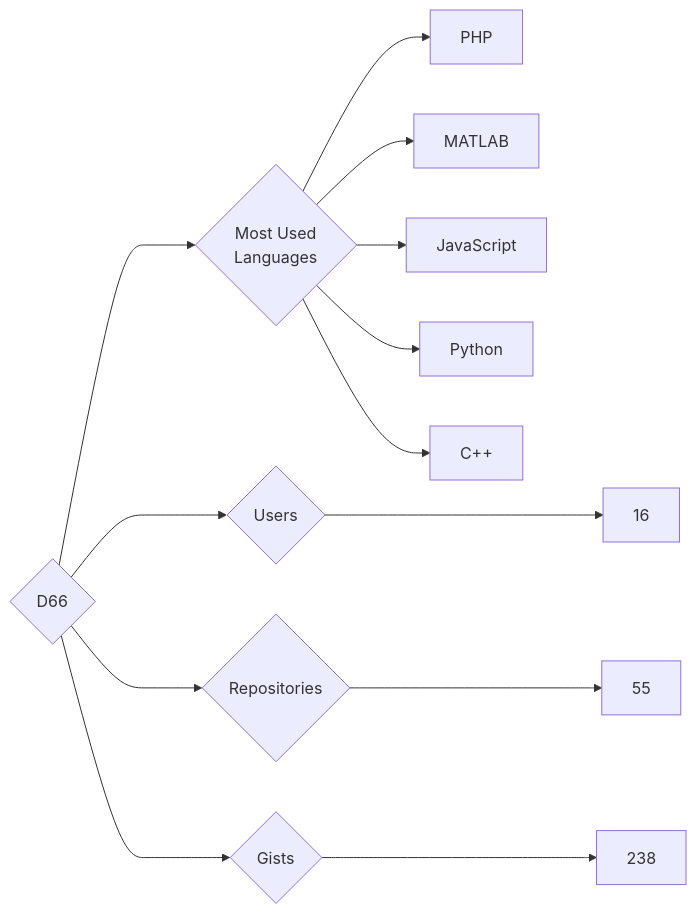
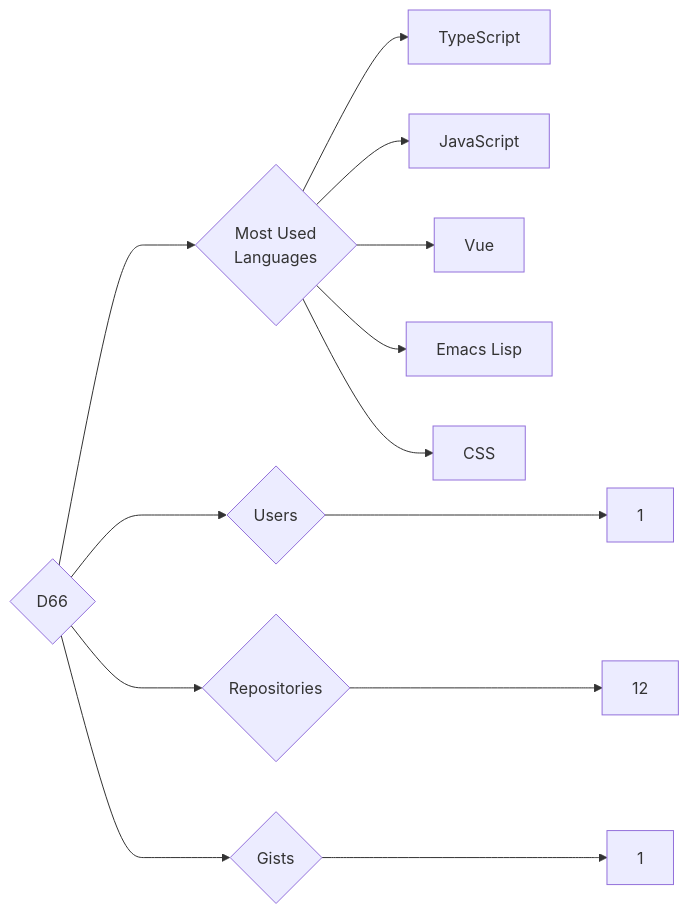
One commit to trickest/insiders changed the diagram in targets/D66/README.md. Above: the diagram before and after it, drawn with Mermaid. The commit also changed 622 other files, not shown here.

````diff
--- a/targets/D66/README.md
+++ b/targets/D66/README.md
@@ -3,13 +3,13 @@
 ```mermaid
 graph LR
 COMPANY_NAME{D66}
-COMPANY_NAME ---> U{Users} ---> UN[16]
-COMPANY_NAME ---> R{Repositories} ---> RN[55]
-COMPANY_NAME ---> G{Gists} ---> GN[238]
+COMPANY_NAME ---> U{Users} ---> UN[1]
+COMPANY_NAME ---> R{Repositories} ---> RN[12]
+COMPANY_NAME ---> G{Gists} ---> GN[1]
 COMPANY_NAME ---> ML{Most Used<br>Languages}
-ML --> PHP[PHP]
-ML --> MATLAB[MATLAB]
+ML --> TypeScript[TypeScript]
 ML --> JavaScript[JavaScript]
-ML --> Python[Python]
-ML --> C++[C++]
+ML --> Vue[Vue]
+ML --> Emacs_Lisp[Emacs Lisp]
+ML --> CSS[CSS]
 ```
````
